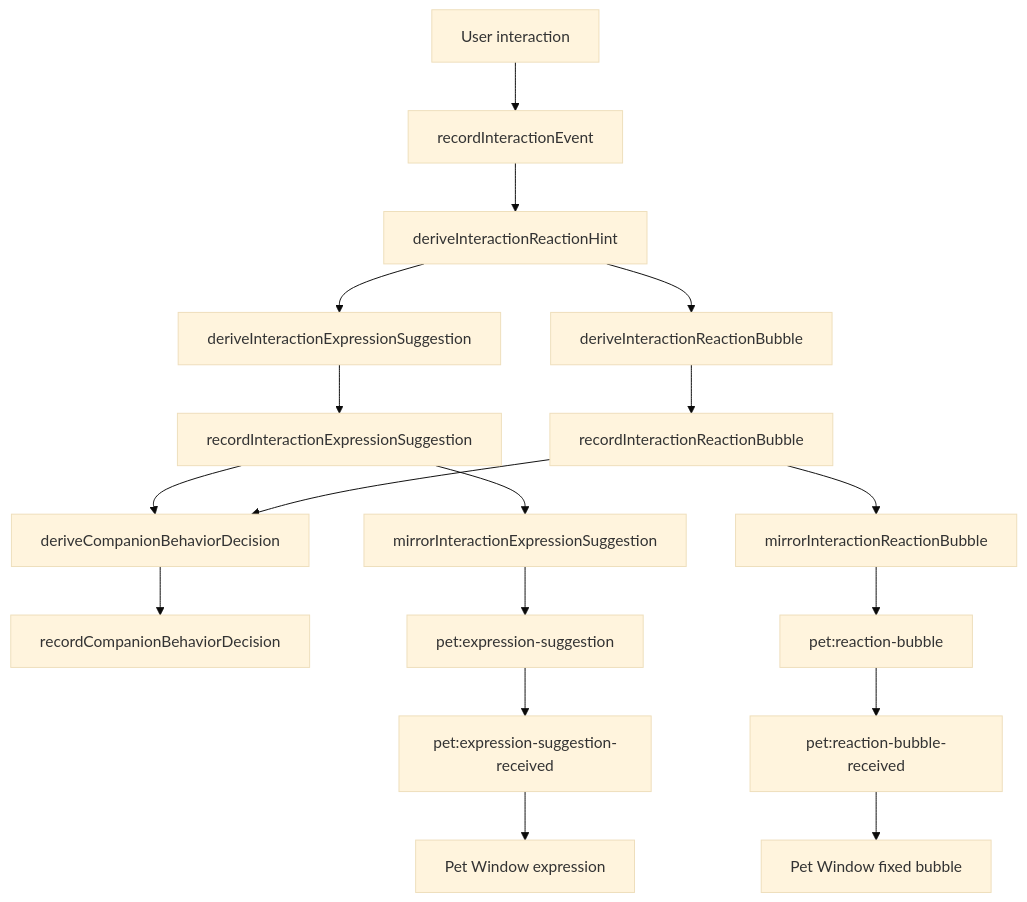
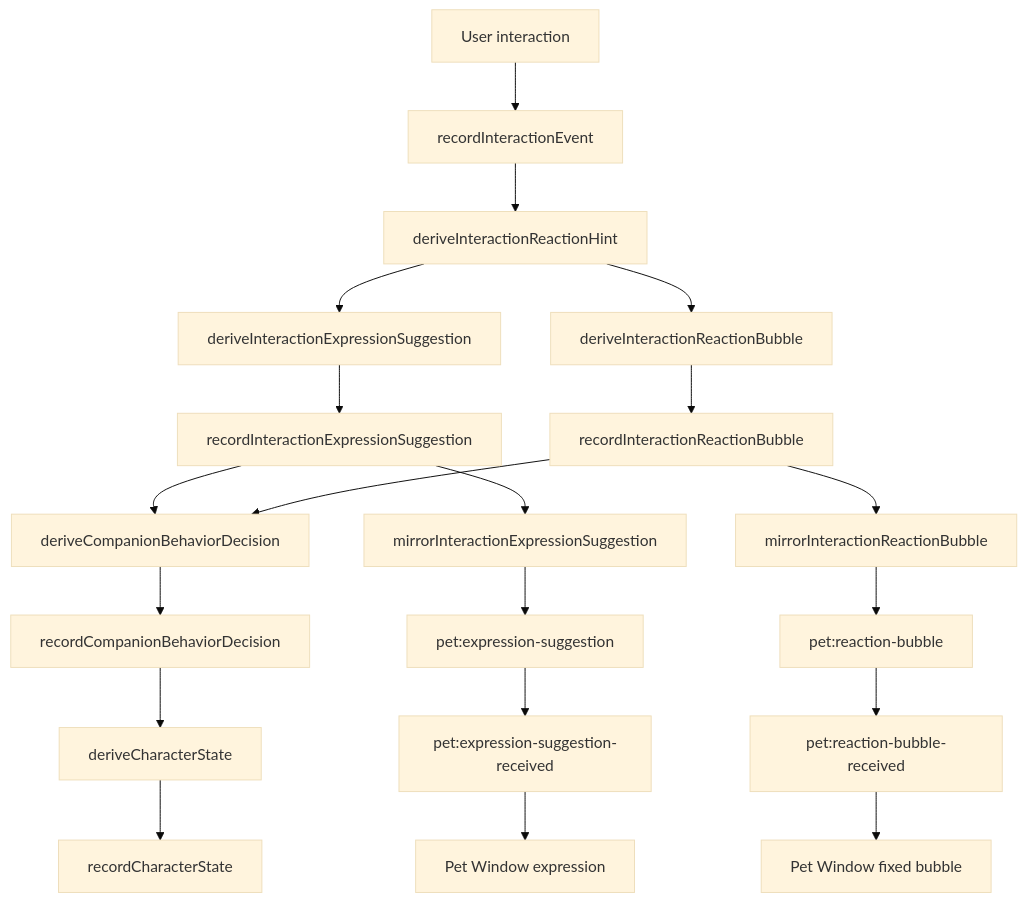
Before and after one commit to RickHSIAO/Dragon-pet-AI: the diagram in docs/INTERACTIVE_COMPANION_ARCHITECTURE.md, drawn with Mermaid (base theme). The commit also changed other lines of this file and 5 other files, not shown here.

````diff
--- a/docs/INTERACTIVE_COMPANION_ARCHITECTURE.md
+++ b/docs/INTERACTIVE_COMPANION_ARCHITECTURE.md
@@ -59,20 +61,22 @@
 ```mermaid
 flowchart TD
   A[User interaction] --> B[recordInteractionEvent]
   B --> C[deriveInteractionReactionHint]
   C --> D[deriveInteractionExpressionSuggestion]
   C --> E[deriveInteractionReactionBubble]
   D --> F[recordInteractionExpressionSuggestion]
   E --> G[recordInteractionReactionBubble]
   F --> H[deriveCompanionBehaviorDecision]
   G --> H
   H --> I[recordCompanionBehaviorDecision]
+  I --> R[deriveCharacterState]
+  R --> S[recordCharacterState]
   F --> J[mirrorInteractionExpressionSuggestion]
   J --> K[pet:expression-suggestion]
   K --> L[pet:expression-suggestion-received]
   L --> M[Pet Window expression]
   G --> N[mirrorInteractionReactionBubble]
   N --> O[pet:reaction-bubble]
   O --> P[pet:reaction-bubble-received]
   P --> Q[Pet Window fixed bubble]
 ```
````
